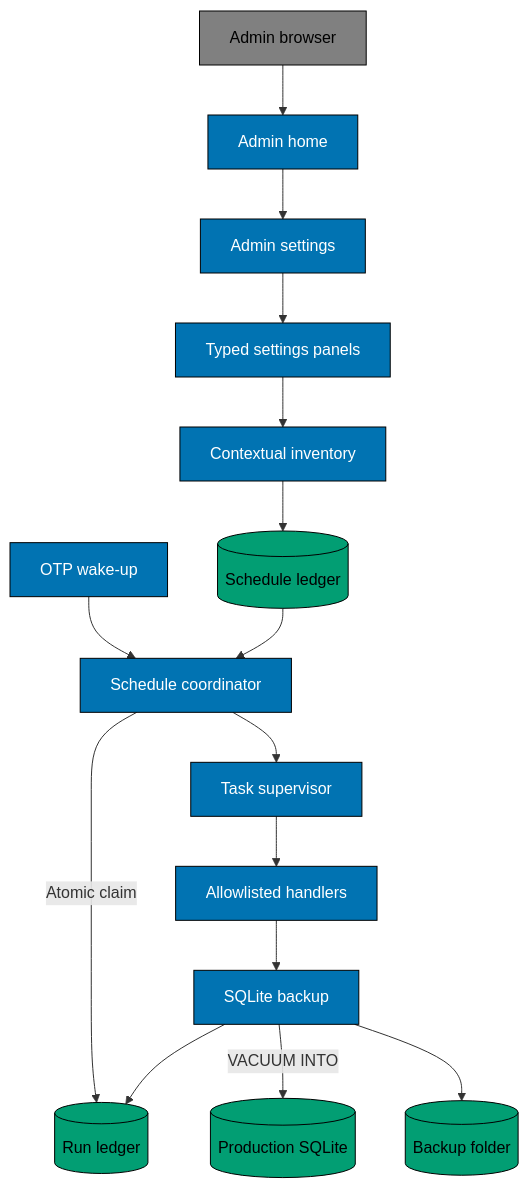
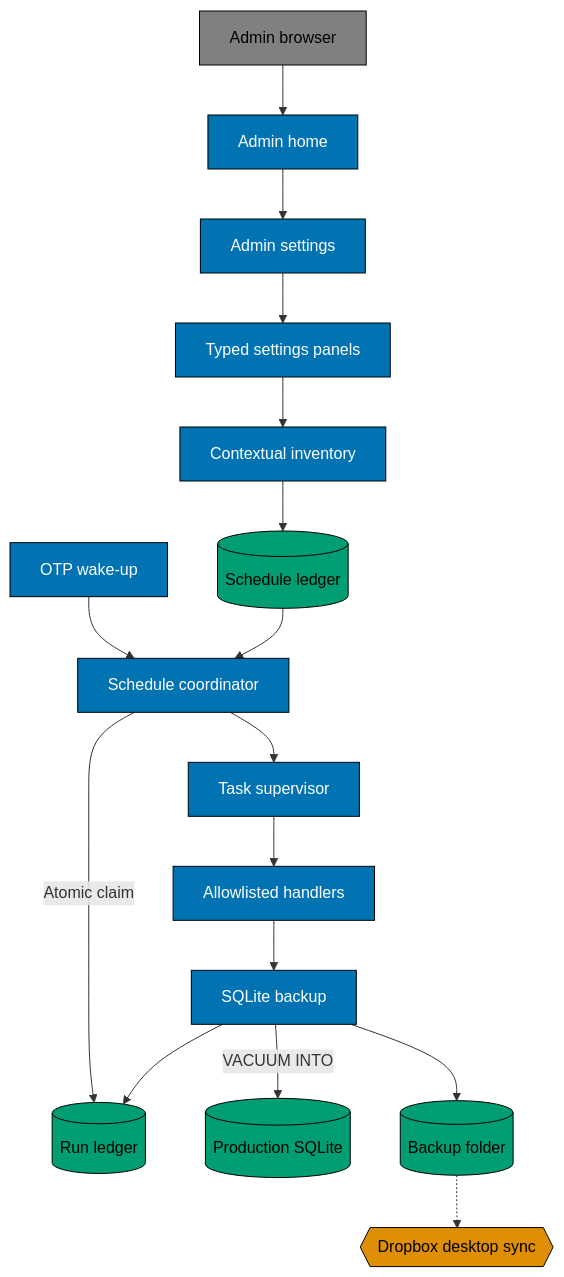
Before and after one commit to wahidyankf/beaver-nest: the first of 3 diagrams in plans/backlogs/bnest-daily-backups-and-schedules/tech-docs.md, drawn with Mermaid. The commit also changed other lines of this file and 3 other files, not shown here.

````diff
--- a/plans/backlogs/bnest-daily-backups-and-schedules/tech-docs.md
+++ b/plans/backlogs/bnest-daily-backups-and-schedules/tech-docs.md
@@ -40,25 +42,28 @@
 ```mermaid
-%% Accessible palette: blue #0173B2, teal #029E73, gray #808080
+%% Accessible palette: blue #0173B2, orange #DE8F05, teal #029E73, gray #808080
 flowchart TB
     admin[Admin browser] --> home[Admin home]
     home --> settings[Admin settings]
     settings --> panels[Typed settings panels]
     panels --> inventory[Contextual inventory]
     inventory --> schedules[(Schedule ledger)]
     timer[OTP wake-up] --> scheduler[Schedule coordinator]
     schedules --> scheduler
     scheduler -->|Atomic claim| runs[(Run ledger)]
     scheduler --> tasks[Task supervisor]
     tasks --> handlers[Allowlisted handlers]
     handlers --> backup[SQLite backup]
     backup -->|VACUUM INTO| source[(Production SQLite)]
     backup --> target[(Backup folder)]
+    target -.-> sync{{Dropbox desktop sync}}
     backup --> runs
 
     classDef person fill:#808080,stroke:#000000,color:#000000
     classDef app fill:#0173B2,stroke:#000000,color:#ffffff
     classDef data fill:#029E73,stroke:#000000,color:#000000
+    classDef external fill:#DE8F05,stroke:#000000,color:#000000
     class admin person
     class home,settings,panels,inventory,timer,scheduler,tasks,handlers,backup app
     class schedules,runs,source,target data
+    class sync external
 ```
````
